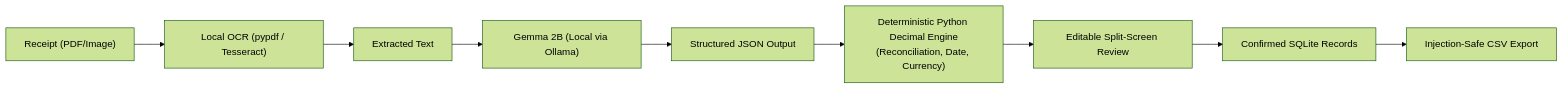
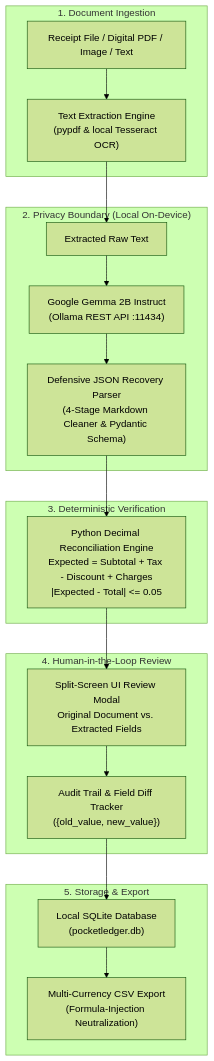
The diagram in README.md (tribhu05/pocketledger-ai), drawn with Mermaid (forest theme) before and after one commit. The commit also changed other lines of this file and 4 other files, not shown here.

Commit message:
docs: upgrade README with professional About section, badges, GIFs, architecture, and issue templates

````diff
--- a/README.md
+++ b/README.md
@@ -144,11 +76,32 @@
 ```mermaid
-flowchart LR
-    A["Receipt (PDF/Image)"] --> B["Local OCR (pypdf / Tesseract)"]
-    B --> C["Extracted Text"]
-    C --> D["Gemma 2B (Local via Ollama)"]
-    D --> E["Structured JSON Output"]
-    E --> F["Deterministic Python Decimal Engine\n(Reconciliation, Date, Currency)"]
-    F --> G["Editable Split-Screen Review"]
-    G --> H["Confirmed SQLite Records"]
-    H --> I["Injection-Safe CSV Export"]
+flowchart TD
+    subgraph INGESTION["1. Document Ingestion"]
+        A["Receipt File / Digital PDF / Image / Text"]
+        B["Text Extraction Engine\n(pypdf & local Tesseract OCR)"]
+        A --> B
+    end
+
+    subgraph INFERENCE["2. Privacy Boundary (Local On-Device)"]
+        C["Extracted Raw Text"]
+        D["Google Gemma 2B Instruct\n(Ollama REST API :11434)"]
+        E["Defensive JSON Recovery Parser\n(4-Stage Markdown Cleaner & Pydantic Schema)"]
+        B --> C --> D --> E
+    end
+
+    subgraph VERIFICATION["3. Deterministic Verification"]
+        F["Python Decimal Reconciliation Engine\nExpected = Subtotal + Tax - Discount + Charges\n|Expected - Total| <= 0.05"]
+        E --> F
+    end
+
+    subgraph REVIEW["4. Human-in-the-Loop Review"]
+        G["Split-Screen UI Review Modal\nOriginal Document vs. Extracted Fields"]
+        H["Audit Trail & Field Diff Tracker\n({old_value, new_value})"]
+        F --> G --> H
+    end
+
+    subgraph PERSISTENCE["5. Storage & Export"]
+        I["Local SQLite Database\n(pocketledger.db)"]
+        J["Multi-Currency CSV Export\n(Formula-Injection Neutralization)"]
+        H --> I --> J
+    end
 ```
````
